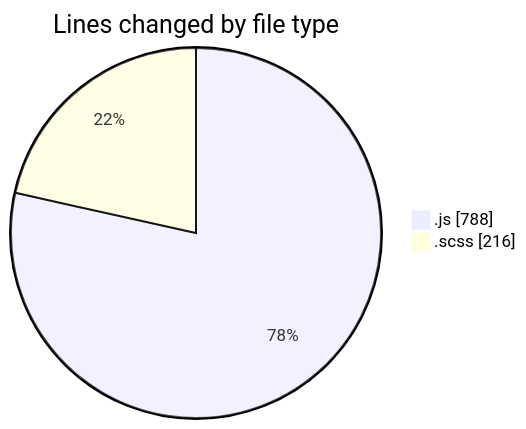
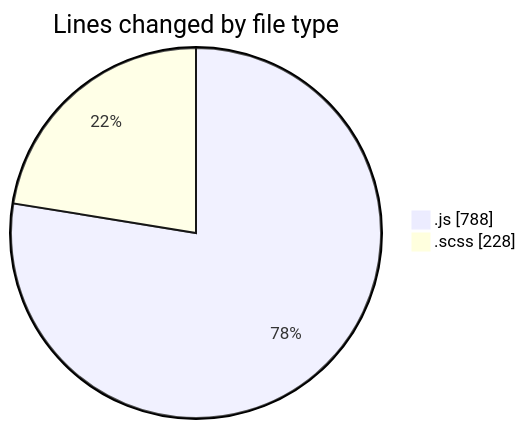
The first of 2 diagrams in 2026-01-05/cda/README.md (momahboobian/code-tracking), drawn with Mermaid before and after one commit. The commit also changed other lines of this file and 1 other file, not shown here.

````diff
--- a/2026-01-05/cda/README.md
+++ b/2026-01-05/cda/README.md
@@ -25,6 +25,6 @@
 ```mermaid
 pie showData
 title Lines changed by file type
 ".js" : 788
-".scss" : 216
+".scss" : 228
 ```
````
